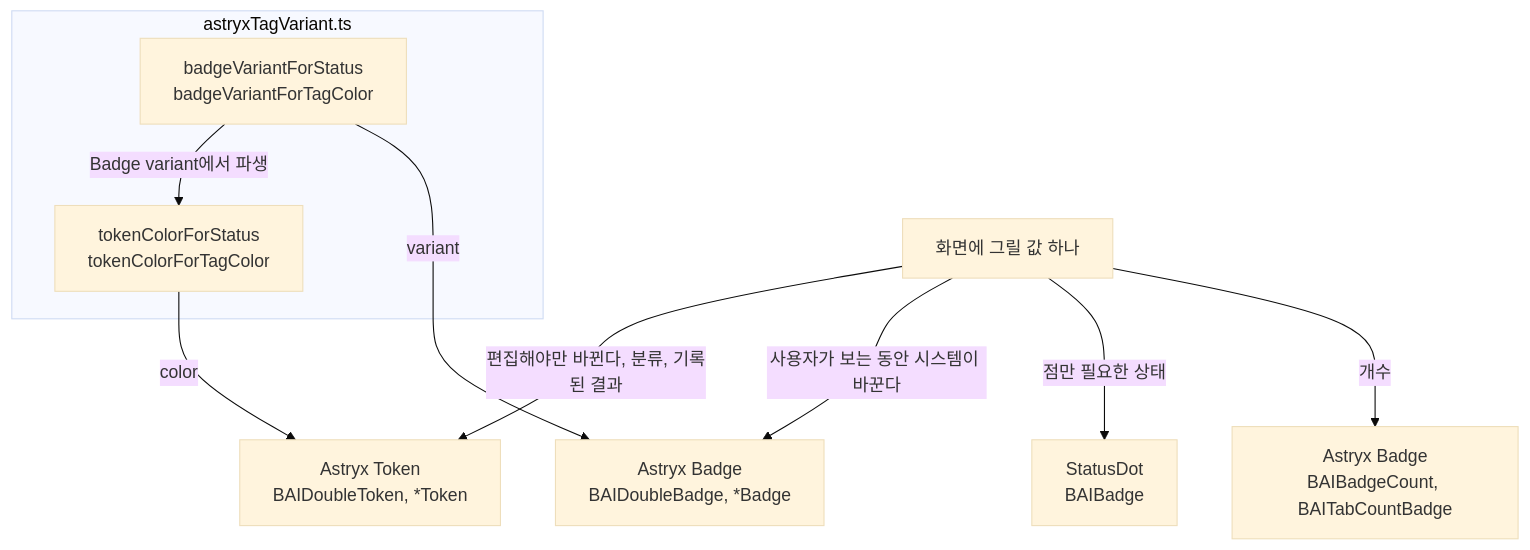
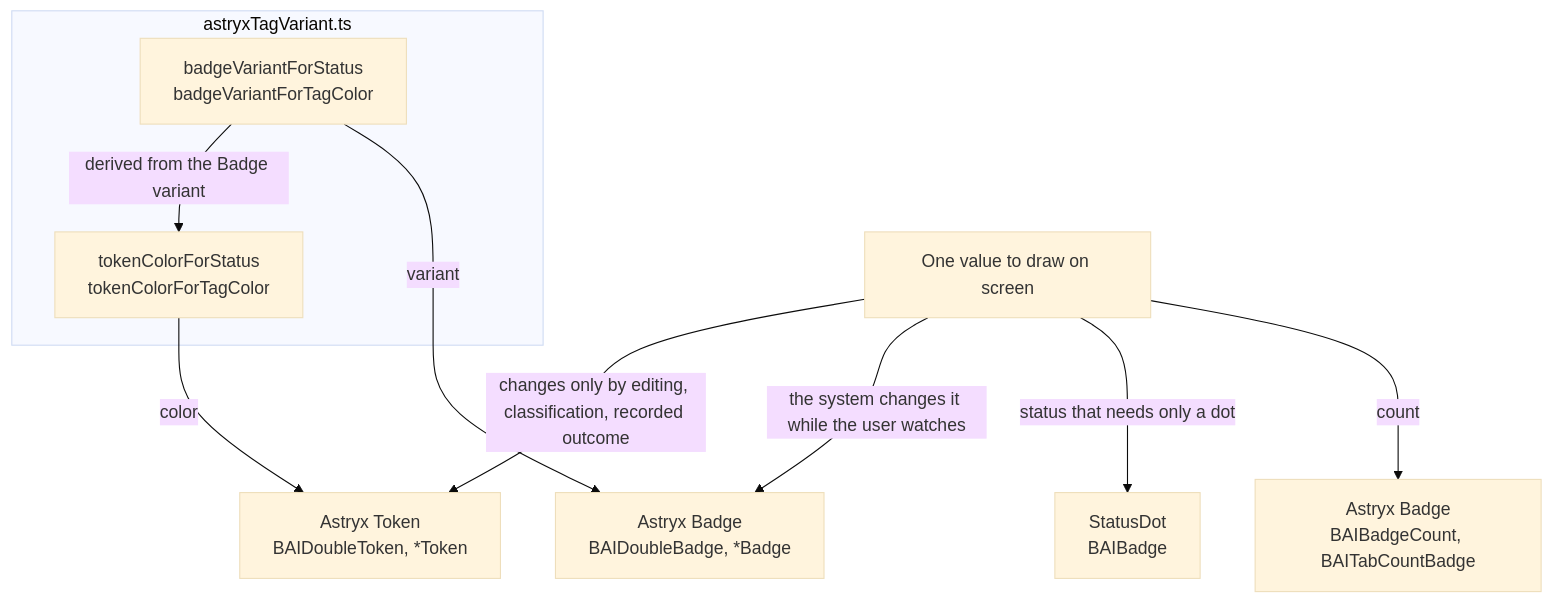
One commit to lablup/backend.ai-webui changed the diagram in docs/adr/0007-badge-for-live-values-and-token-for-settled-values.md. Above: the diagram before and after it, drawn with Mermaid (base theme). The commit also changed other lines of this file and 15 other files, not shown here.

First line of the commit message:
chore(#10802): translate ADR 0003–0017 and ARCHITECTURE.md into English

````diff
--- a/docs/adr/0007-badge-for-live-values-and-token-for-settled-values.md
+++ b/docs/adr/0007-badge-for-live-values-and-token-for-settled-values.md
@@ -24,15 +24,15 @@
 ```mermaid
 flowchart TB
-  value["화면에 그릴 값 하나"]
-  value -- "개수" --> count["Astryx Badge<br/>BAIBadgeCount, BAITabCountBadge"]
-  value -- "점만 필요한 상태" --> dot["StatusDot<br/>BAIBadge"]
-  value -- "사용자가 보는 동안 시스템이 바꾼다" --> live["Astryx Badge<br/>BAIDoubleBadge, *Badge"]
-  value -- "편집해야만 바뀐다, 분류, 기록된 결과" --> settled["Astryx Token<br/>BAIDoubleToken, *Token"]
+  value["One value to draw on screen"]
+  value -- "count" --> count["Astryx Badge<br/>BAIBadgeCount, BAITabCountBadge"]
+  value -- "status that needs only a dot" --> dot["StatusDot<br/>BAIBadge"]
+  value -- "the system changes it while the user watches" --> live["Astryx Badge<br/>BAIDoubleBadge, *Badge"]
+  value -- "changes only by editing, classification, recorded outcome" --> settled["Astryx Token<br/>BAIDoubleToken, *Token"]
   subgraph helper["astryxTagVariant.ts"]
     bv["badgeVariantForStatus<br/>badgeVariantForTagColor"]
     tc["tokenColorForStatus<br/>tokenColorForTagColor"]
   end
   bv -- "variant" --> live
   tc -- "color" --> settled
-  bv -- "Badge variant에서 파생" --> tc
+  bv -- "derived from the Badge variant" --> tc
 ```
````
